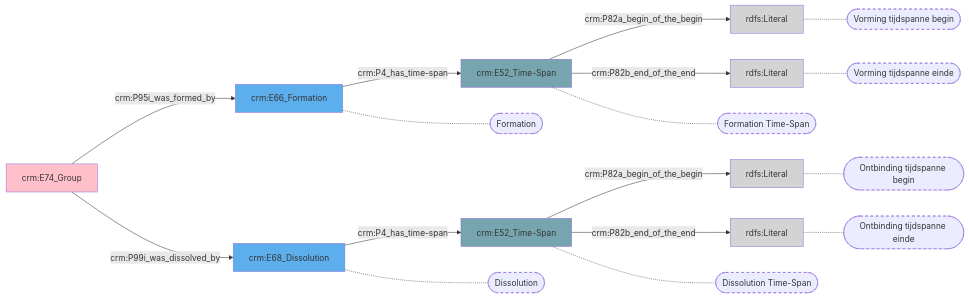
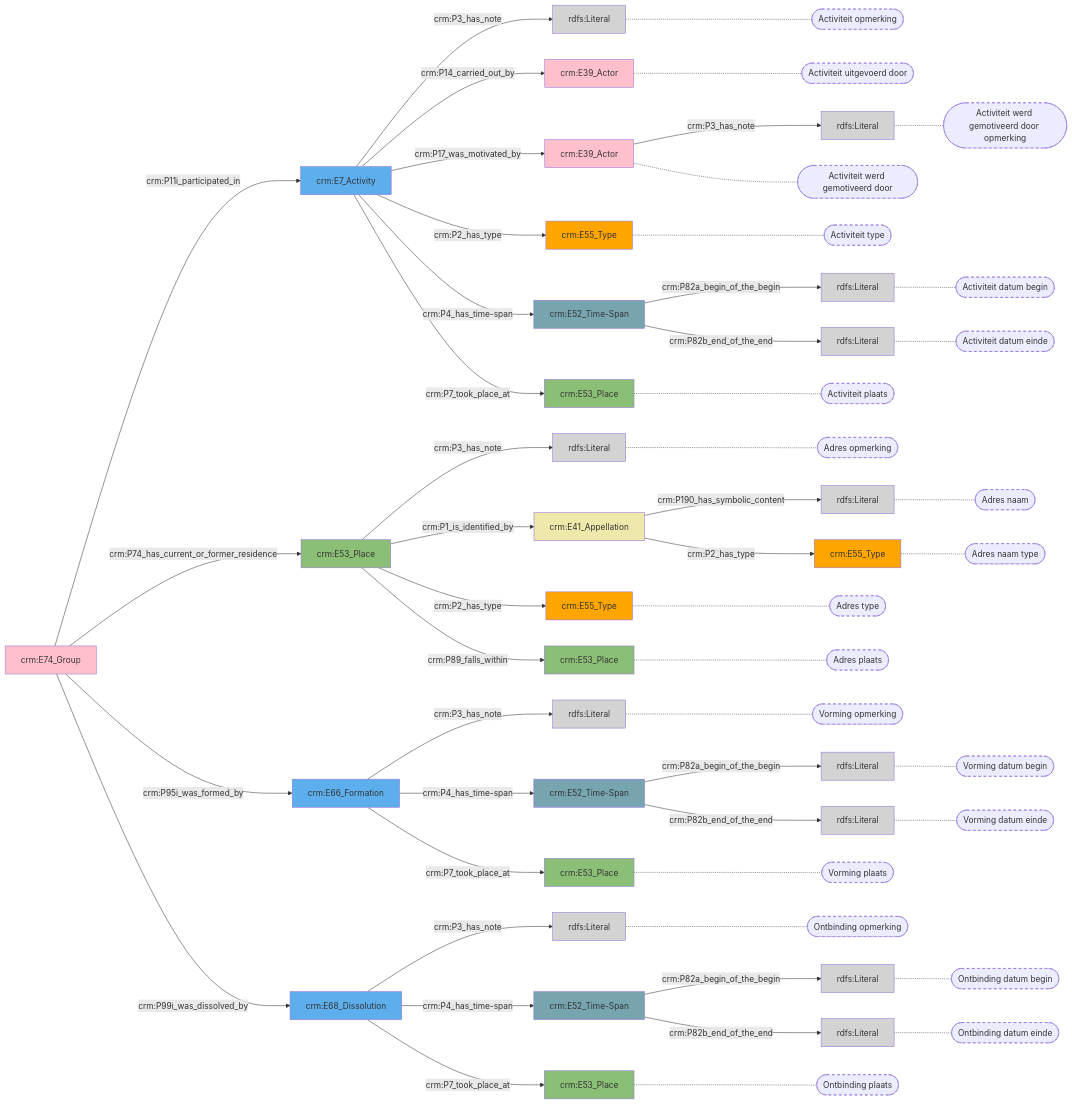
Before and after one commit to digipolisantwerpdocumentation/antwerp-cultureel-erfgoed: the diagram in docs/content/modellen/Group/Context.md, drawn with Mermaid. The commit also changed 170 other files, not shown here.

````diff
--- a/docs/content/modellen/Group/Context.md
+++ b/docs/content/modellen/Group/Context.md
@@ -1,36 +1,104 @@
 ```mermaid
 graph LR
+style 0cee5034-e407-11ed-9655-00163e71351b fill:#D3D3D3
+style 112e8a3a-14e6-11ef-9df9-960002548b4f fill:#ffc0cb
+style 1456bf2e-e37f-11ed-a1e6-00163e71351b fill:#ffc0cb
+style 2211ad04-e37f-11ed-9655-00163e71351b fill:#5DAEEC
+style 33f0c3f3-14ec-11ef-8dc7-960002548b4f fill:#D3D3D3
+style 378ee0b6-e37f-11ed-9655-00163e71351b fill:#5DAEEC
+style 527971a8-14ec-11ef-b3f7-960002548b4f fill:#8CBF76
+style 595b3a84-14ee-11ef-8214-960002548b4f fill:#D3D3D3
+style 5b3b6876-e407-11ed-a1e6-00163e71351b fill:#76A5AF
+style 6a5a2ee6-e407-11ed-a1e6-00163e71351b fill:#D3D3D3
+style 7b2434d8-e407-11ed-9655-00163e71351b fill:#D3D3D3
+style 9b476ca1-174e-11ef-8074-960002548b4f fill:#ffc0cb
+style 9c2d354a-14ef-11ef-913e-960002548b4f fill:#8CBF76
+style 9c2d3985-14ef-11ef-ac57-960002548b4f fill:#8CBF76
+style 9c2d3ad6-14ef-11ef-b27a-960002548b4f fill:#ffa500
+style 9c2d3df2-14ef-11ef-bf88-960002548b4f fill:#D3D3D3
+style 9c2d3edd-14ef-11ef-b842-960002548b4f fill:#ffa500
+style 9c2d4097-14ef-11ef-9b40-960002548b4f fill:#D3D3D3
+style 9c2d4174-14ef-11ef-a34c-960002548b4f fill:#EEE8AA
+style c5452210-14ed-11ef-9d51-960002548b4f fill:#8CBF76
+style cc91809b-2985-11ef-835f-960002548b4f fill:#D3D3D3
+style e0bfc39e-e406-11ed-9064-00163e71351b fill:#76A5AF
+style f39c9af0-e406-11ed-9232-00163e71351b fill:#D3D3D3
+style f5845de0-14ed-11ef-89eb-960002548b4f fill:#D3D3D3
+style f7ee0677-14e5-11ef-befd-960002548b4f fill:#5DAEEC
+style f7ee0c43-14e5-11ef-8188-960002548b4f fill:#8CBF76
+style f7ee0d52-14e5-11ef-8f14-960002548b4f fill:#ffa500
+style f7ee0e42-14e5-11ef-bcec-960002548b4f fill:#D3D3D3
+style f7ee1008-14e5-11ef-8e77-960002548b4f fill:#D3D3D3
+style f7ee10e3-14e5-11ef-adb9-960002548b4f fill:#76A5AF
+2211ad04-e37f-11ed-9655-00163e71351b["crm:E66_Formation"]-->|"crm:P3_has_note"|595b3a84-14ee-11ef-8214-960002548b4f(rdfs:Literal)
+378ee0b6-e37f-11ed-9655-00163e71351b["crm:E68_Dissolution"]-->|"crm:P3_has_note"|f5845de0-14ed-11ef-89eb-960002548b4f(rdfs:Literal)
 5b3b6876-e407-11ed-a1e6-00163e71351b["crm:E52_Time-Span"]-->|"crm:P82a_begin_of_the_begin"|7b2434d8-e407-11ed-9655-00163e71351b(rdfs:Literal)
 5b3b6876-e407-11ed-a1e6-00163e71351b["crm:E52_Time-Span"]-->|"crm:P82b_end_of_the_end"|6a5a2ee6-e407-11ed-a1e6-00163e71351b(rdfs:Literal)
+9b476ca1-174e-11ef-8074-960002548b4f["crm:E39_Actor"]-->|"crm:P3_has_note"|cc91809b-2985-11ef-835f-960002548b4f(rdfs:Literal)
+9c2d354a-14ef-11ef-913e-960002548b4f["crm:E53_Place"]-->|"crm:P3_has_note"|9c2d3df2-14ef-11ef-bf88-960002548b4f(rdfs:Literal)
+9c2d4174-14ef-11ef-a34c-960002548b4f["crm:E41_Appellation"]-->|"crm:P190_has_symbolic_content"|9c2d4097-14ef-11ef-9b40-960002548b4f(rdfs:Literal)
 e0bfc39e-e406-11ed-9064-00163e71351b["crm:E52_Time-Span"]-->|"crm:P82a_begin_of_the_begin"|f39c9af0-e406-11ed-9232-00163e71351b(rdfs:Literal)
 e0bfc39e-e406-11ed-9064-00163e71351b["crm:E52_Time-Span"]-->|"crm:P82b_end_of_the_end"|0cee5034-e407-11ed-9655-00163e71351b(rdfs:Literal)
+f7ee0677-14e5-11ef-befd-960002548b4f["crm:E7_Activity"]-->|"crm:P3_has_note"|33f0c3f3-14ec-11ef-8dc7-960002548b4f(rdfs:Literal)
+f7ee10e3-14e5-11ef-adb9-960002548b4f["crm:E52_Time-Span"]-->|"crm:P82a_begin_of_the_begin"|f7ee0e42-14e5-11ef-bcec-960002548b4f(rdfs:Literal)
+f7ee10e3-14e5-11ef-adb9-960002548b4f["crm:E52_Time-Span"]-->|"crm:P82b_end_of_the_end"|f7ee1008-14e5-11ef-8e77-960002548b4f(rdfs:Literal)
+595b3a84-14ee-11ef-8214-960002548b4f["rdfs:Literal"]-.-595b3a84-14ee-11ef-8214-960002548b4f_s(["Vorming opmerking"])
+527971a8-14ec-11ef-b3f7-960002548b4f["crm:E53_Place"]-.-527971a8-14ec-11ef-b3f7-960002548b4f_s(["Vorming plaats"])
+f5845de0-14ed-11ef-89eb-960002548b4f["rdfs:Literal"]-.-f5845de0-14ed-11ef-89eb-960002548b4f_s(["Ontbinding opmerking"])
+c5452210-14ed-11ef-9d51-960002548b4f["crm:E53_Place"]-.-c5452210-14ed-11ef-9d51-960002548b4f_s(["Ontbinding plaats"])
+7b2434d8-e407-11ed-9655-00163e71351b["rdfs:Literal"]-.-7b2434d8-e407-11ed-9655-00163e71351b_s(["Vorming datum begin"])
+6a5a2ee6-e407-11ed-a1e6-00163e71351b["rdfs:Literal"]-.-6a5a2ee6-e407-11ed-a1e6-00163e71351b_s(["Vorming datum einde"])
+cc91809b-2985-11ef-835f-960002548b4f["rdfs:Literal"]-.-cc91809b-2985-11ef-835f-960002548b4f_s(["Activiteit werd gemotiveerd door opmerking"])
+9c2d3ad6-14ef-11ef-b27a-960002548b4f["crm:E55_Type"]-.-9c2d3ad6-14ef-11ef-b27a-960002548b4f_s(["Adres type"])
+9c2d3df2-14ef-11ef-bf88-960002548b4f["rdfs:Literal"]-.-9c2d3df2-14ef-11ef-bf88-960002548b4f_s(["Adres opmerking"])
+9c2d3985-14ef-11ef-ac57-960002548b4f["crm:E53_Place"]-.-9c2d3985-14ef-11ef-ac57-960002548b4f_s(["Adres plaats"])
+9c2d4097-14ef-11ef-9b40-960002548b4f["rdfs:Literal"]-.-9c2d4097-14ef-11ef-9b40-960002548b4f_s(["Adres naam"])
+9c2d3edd-14ef-11ef-b842-960002548b4f["crm:E55_Type"]-.-9c2d3edd-14ef-11ef-b842-960002548b4f_s(["Adres naam type"])
+f39c9af0-e406-11ed-9232-00163e71351b["rdfs:Literal"]-.-f39c9af0-e406-11ed-9232-00163e71351b_s(["Ontbinding datum begin"])
+0cee5034-e407-11ed-9655-00163e71351b["rdfs:Literal"]-.-0cee5034-e407-11ed-9655-00163e71351b_s(["Ontbinding datum einde"])
+112e8a3a-14e6-11ef-9df9-960002548b4f["crm:E39_Actor"]-.-112e8a3a-14e6-11ef-9df9-960002548b4f_s(["Activiteit uitgevoerd door"])
+9b476ca1-174e-11ef-8074-960002548b4f["crm:E39_Actor"]-.-9b476ca1-174e-11ef-8074-960002548b4f_s(["Activiteit werd gemotiveerd door"])
+f7ee0d52-14e5-11ef-8f14-960002548b4f["crm:E55_Type"]-.-f7ee0d52-14e5-11ef-8f14-960002548b4f_s(["Activiteit type"])
+33f0c3f3-14ec-11ef-8dc7-960002548b4f["rdfs:Literal"]-.-33f0c3f3-14ec-11ef-8dc7-960002548b4f_s(["Activiteit opmerking"])
+f7ee0c43-14e5-11ef-8188-960002548b4f["crm:E53_Place"]-.-f7ee0c43-14e5-11ef-8188-960002548b4f_s(["Activiteit plaats"])
+f7ee0e42-14e5-11ef-bcec-960002548b4f["rdfs:Literal"]-.-f7ee0e42-14e5-11ef-bcec-960002548b4f_s(["Activiteit datum begin"])
+f7ee1008-14e5-11ef-8e77-960002548b4f["rdfs:Literal"]-.-f7ee1008-14e5-11ef-8e77-960002548b4f_s(["Activiteit datum einde"])
+style 595b3a84-14ee-11ef-8214-960002548b4f_s stroke-dasharray: 5
+style 527971a8-14ec-11ef-b3f7-960002548b4f_s stroke-dasharray: 5
+style f5845de0-14ed-11ef-89eb-960002548b4f_s stroke-dasharray: 5
+style c5452210-14ed-11ef-9d51-960002548b4f_s stroke-dasharray: 5
+style 7b2434d8-e407-11ed-9655-00163e71351b_s stroke-dasharray: 5
+style 6a5a2ee6-e407-11ed-a1e6-00163e71351b_s stroke-dasharray: 5
+style cc91809b-2985-11ef-835f-960002548b4f_s stroke-dasharray: 5
+style 9c2d3ad6-14ef-11ef-b27a-960002548b4f_s stroke-dasharray: 5
+style 9c2d3df2-14ef-11ef-bf88-960002548b4f_s stroke-dasharray: 5
+style 9c2d3985-14ef-11ef-ac57-960002548b4f_s stroke-dasharray: 5
+style 9c2d4097-14ef-11ef-9b40-960002548b4f_s stroke-dasharray: 5
+style 9c2d3edd-14ef-11ef-b842-960002548b4f_s stroke-dasharray: 5
+style f39c9af0-e406-11ed-9232-00163e71351b_s stroke-dasharray: 5
+style 0cee5034-e407-11ed-9655-00163e71351b_s stroke-dasharray: 5
+style 112e8a3a-14e6-11ef-9df9-960002548b4f_s stroke-dasharray: 5
+style 9b476ca1-174e-11ef-8074-960002548b4f_s stroke-dasharray: 5
+style f7ee0d52-14e5-11ef-8f14-960002548b4f_s stroke-dasharray: 5
+style 33f0c3f3-14ec-11ef-8dc7-960002548b4f_s stroke-dasharray: 5
+style f7ee0c43-14e5-11ef-8188-960002548b4f_s stroke-dasharray: 5
+style f7ee0e42-14e5-11ef-bcec-960002548b4f_s stroke-dasharray: 5
+style f7ee1008-14e5-11ef-8e77-960002548b4f_s stroke-dasharray: 5
+1456bf2e-e37f-11ed-a1e6-00163e71351b["crm:E74_Group"]-->|"crm:P11i_participated_in"|f7ee0677-14e5-11ef-befd-960002548b4f["crm:E7_Activity"]
+1456bf2e-e37f-11ed-a1e6-00163e71351b["crm:E74_Group"]-->|"crm:P74_has_current_or_former_residence"|9c2d354a-14ef-11ef-913e-960002548b4f["crm:E53_Place"]
 1456bf2e-e37f-11ed-a1e6-00163e71351b["crm:E74_Group"]-->|"crm:P95i_was_formed_by"|2211ad04-e37f-11ed-9655-00163e71351b["crm:E66_Formation"]
 1456bf2e-e37f-11ed-a1e6-00163e71351b["crm:E74_Group"]-->|"crm:P99i_was_dissolved_by"|378ee0b6-e37f-11ed-9655-00163e71351b["crm:E68_Dissolution"]
 2211ad04-e37f-11ed-9655-00163e71351b["crm:E66_Formation"]-->|"crm:P4_has_time-span"|5b3b6876-e407-11ed-a1e6-00163e71351b["crm:E52_Time-Span"]
+2211ad04-e37f-11ed-9655-00163e71351b["crm:E66_Formation"]-->|"crm:P7_took_place_at"|527971a8-14ec-11ef-b3f7-960002548b4f["crm:E53_Place"]
 378ee0b6-e37f-11ed-9655-00163e71351b["crm:E68_Dissolution"]-->|"crm:P4_has_time-span"|e0bfc39e-e406-11ed-9064-00163e71351b["crm:E52_Time-Span"]
-2211ad04-e37f-11ed-9655-00163e71351b["crm:E66_Formation"]-.-2211ad04-e37f-11ed-9655-00163e71351b_s(["Formation"])
-378ee0b6-e37f-11ed-9655-00163e71351b["crm:E68_Dissolution"]-.-378ee0b6-e37f-11ed-9655-00163e71351b_s(["Dissolution"])
-5b3b6876-e407-11ed-a1e6-00163e71351b["crm:E52_Time-Span"]-.-5b3b6876-e407-11ed-a1e6-00163e71351b_s(["Formation Time-Span"])
-e0bfc39e-e406-11ed-9064-00163e71351b["crm:E52_Time-Span"]-.-e0bfc39e-e406-11ed-9064-00163e71351b_s(["Dissolution Time-Span"])
-7b2434d8-e407-11ed-9655-00163e71351b["rdfs:Literal"]-.-7b2434d8-e407-11ed-9655-00163e71351b_s(["Vorming tijdspanne begin"])
-6a5a2ee6-e407-11ed-a1e6-00163e71351b["rdfs:Literal"]-.-6a5a2ee6-e407-11ed-a1e6-00163e71351b_s(["Vorming tijdspanne einde"])
-f39c9af0-e406-11ed-9232-00163e71351b["rdfs:Literal"]-.-f39c9af0-e406-11ed-9232-00163e71351b_s(["Ontbinding tijdspanne begin"])
-0cee5034-e407-11ed-9655-00163e71351b["rdfs:Literal"]-.-0cee5034-e407-11ed-9655-00163e71351b_s(["Ontbinding tijdspanne einde"])
-style 2211ad04-e37f-11ed-9655-00163e71351b_s stroke-dasharray: 5
-style 378ee0b6-e37f-11ed-9655-00163e71351b_s stroke-dasharray: 5
-style 5b3b6876-e407-11ed-a1e6-00163e71351b_s stroke-dasharray: 5
-style e0bfc39e-e406-11ed-9064-00163e71351b_s stroke-dasharray: 5
-style 7b2434d8-e407-11ed-9655-00163e71351b_s stroke-dasharray: 5
-style 6a5a2ee6-e407-11ed-a1e6-00163e71351b_s stroke-dasharray: 5
-style f39c9af0-e406-11ed-9232-00163e71351b_s stroke-dasharray: 5
-style 0cee5034-e407-11ed-9655-00163e71351b_s stroke-dasharray: 5
-style 0cee5034-e407-11ed-9655-00163e71351b fill:#D3D3D3
-style 1456bf2e-e37f-11ed-a1e6-00163e71351b fill:#ffc0cb
-style 2211ad04-e37f-11ed-9655-00163e71351b fill:#5DAEEC
-style 378ee0b6-e37f-11ed-9655-00163e71351b fill:#5DAEEC
-style 5b3b6876-e407-11ed-a1e6-00163e71351b fill:#76A5AF
-style 6a5a2ee6-e407-11ed-a1e6-00163e71351b fill:#D3D3D3
-style 7b2434d8-e407-11ed-9655-00163e71351b fill:#D3D3D3
-style e0bfc39e-e406-11ed-9064-00163e71351b fill:#76A5AF
-style f39c9af0-e406-11ed-9232-00163e71351b fill:#D3D3D3
+378ee0b6-e37f-11ed-9655-00163e71351b["crm:E68_Dissolution"]-->|"crm:P7_took_place_at"|c5452210-14ed-11ef-9d51-960002548b4f["crm:E53_Place"]
+9c2d354a-14ef-11ef-913e-960002548b4f["crm:E53_Place"]-->|"crm:P1_is_identified_by"|9c2d4174-14ef-11ef-a34c-960002548b4f["crm:E41_Appellation"]
+9c2d354a-14ef-11ef-913e-960002548b4f["crm:E53_Place"]-->|"crm:P2_has_type"|9c2d3ad6-14ef-11ef-b27a-960002548b4f["crm:E55_Type"]
+9c2d354a-14ef-11ef-913e-960002548b4f["crm:E53_Place"]-->|"crm:P89_falls_within"|9c2d3985-14ef-11ef-ac57-960002548b4f["crm:E53_Place"]
+9c2d4174-14ef-11ef-a34c-960002548b4f["crm:E41_Appellation"]-->|"crm:P2_has_type"|9c2d3edd-14ef-11ef-b842-960002548b4f["crm:E55_Type"]
+f7ee0677-14e5-11ef-befd-960002548b4f["crm:E7_Activity"]-->|"crm:P14_carried_out_by"|112e8a3a-14e6-11ef-9df9-960002548b4f["crm:E39_Actor"]
+f7ee0677-14e5-11ef-befd-960002548b4f["crm:E7_Activity"]-->|"crm:P17_was_motivated_by"|9b476ca1-174e-11ef-8074-960002548b4f["crm:E39_Actor"]
+f7ee0677-14e5-11ef-befd-960002548b4f["crm:E7_Activity"]-->|"crm:P2_has_type"|f7ee0d52-14e5-11ef-8f14-960002548b4f["crm:E55_Type"]
+f7ee0677-14e5-11ef-befd-960002548b4f["crm:E7_Activity"]-->|"crm:P4_has_time-span"|f7ee10e3-14e5-11ef-adb9-960002548b4f["crm:E52_Time-Span"]
+f7ee0677-14e5-11ef-befd-960002548b4f["crm:E7_Activity"]-->|"crm:P7_took_place_at"|f7ee0c43-14e5-11ef-8188-960002548b4f["crm:E53_Place"]
 ```
````
